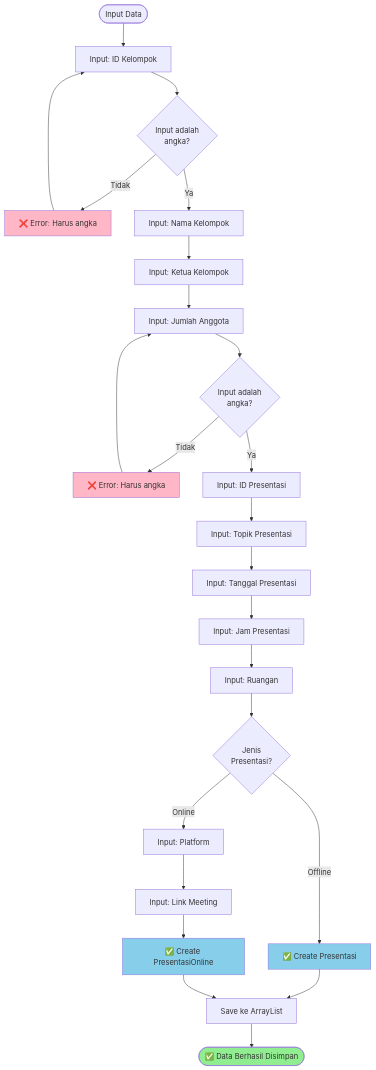
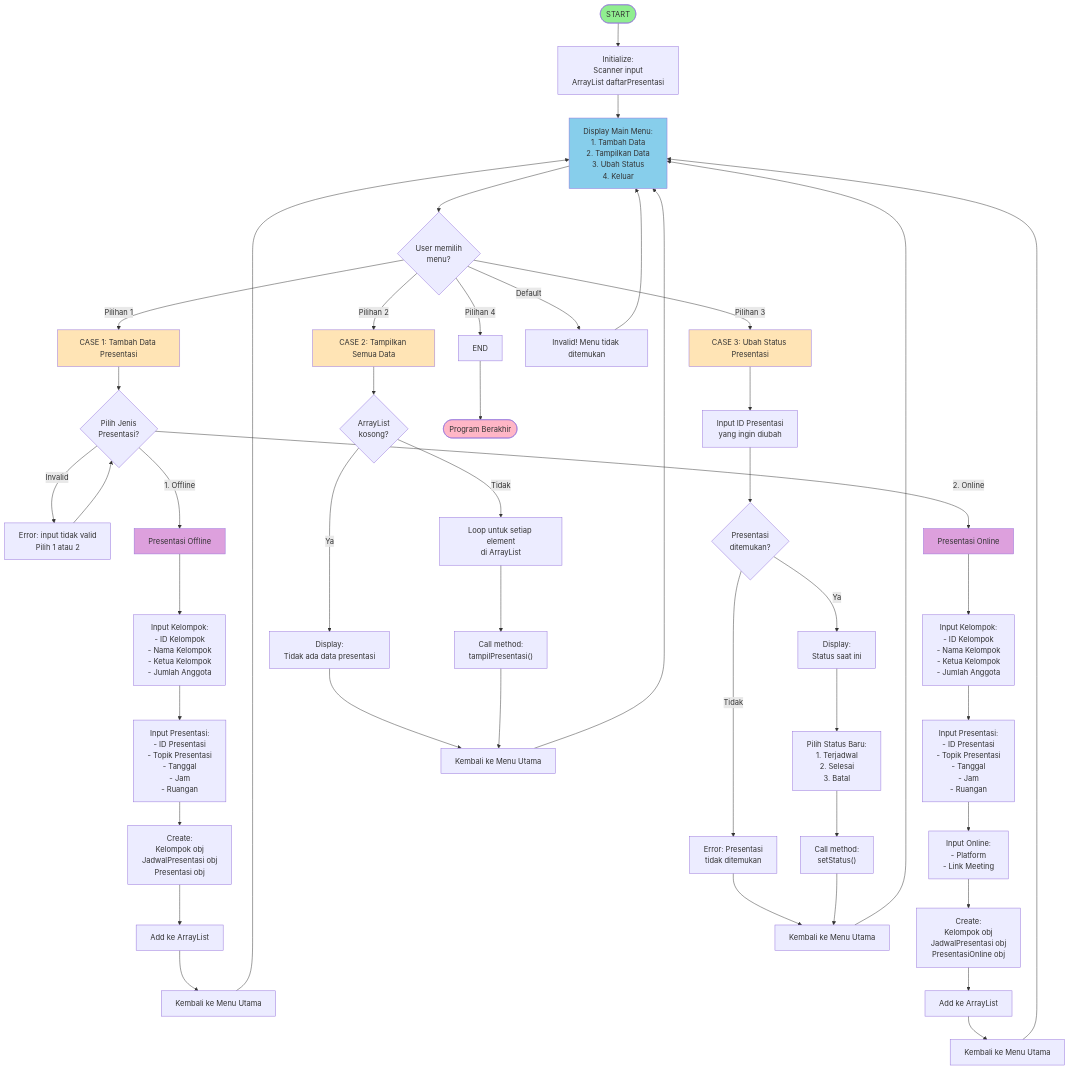
One commit to almassalsabila/Tugas1PBO_AlmasSalsabilaFidiarti changed the diagram in README.md. Above: the diagram before and after it, drawn with Mermaid.

````diff
--- a/README.md
+++ b/README.md
@@ -52,37 +52,68 @@
 ```mermaid
 flowchart TD
-    Start([Input Data]) --> Input1["Input: ID Kelompok"]
-    Input1 --> Valid1{Input adalah<br/>angka?}
-    Valid1 -->|Tidak| Error1["❌ Error: Harus angka"]
-    Error1 --> Input1
-    Valid1 -->|Ya| Input2["Input: Nama Kelompok"]
+    Start([START]) --> Init["Initialize:<br/>Scanner input<br/>ArrayList daftarPresentasi"]
+    Init --> Display1["Display Main Menu:<br/>1. Tambah Data<br/>2. Tampilkan Data<br/>3. Ubah Status<br/>4. Keluar"]
+    Display1 --> Input{User memilih<br/>menu?}
     
-    Input2 --> Input3["Input: Ketua Kelompok"]
-    Input3 --> Input4["Input: Jumlah Anggota"]
-    Input4 --> Valid2{Input adalah<br/>angka?}
-    Valid2 -->|Tidak| Error2["❌ Error: Harus angka"]
-    Error2 --> Input4
-    Valid2 -->|Ya| Input5["Input: ID Presentasi"]
+    Input -->|Pilihan 1| Case1["CASE 1: Tambah Data Presentasi"]
+    Input -->|Pilihan 2| Case2["CASE 2: Tampilkan Semua Data"]
+    Input -->|Pilihan 3| Case3["CASE 3: Ubah Status Presentasi"]
+    Input -->|Pilihan 4| Exit1[END]
+    Input -->|Default| Invalid1["Invalid! Menu tidak ditemukan"]
+    Invalid1 --> Display1
     
-    Input5 --> Input6["Input: Topik Presentasi"]
-    Input6 --> Input7["Input: Tanggal Presentasi"]
-    Input7 --> Input8["Input: Jam Presentasi"]
-    Input8 --> Input9["Input: Ruangan"]
+    %% CASE 1: Tambah Data
+    Case1 --> Select{"Pilih Jenis<br/>Presentasi?"}
+    Select -->|Invalid| ErrType["Error: input tidak valid<br/>Pilih 1 atau 2"]
+    ErrType --> Select
+    Select -->|1. Offline| Offline["Presentasi Offline"]
+    Select -->|2. Online| Online["Presentasi Online"]
     
-    Input9 --> JenisCheck{Jenis<br/>Presentasi?}
-    JenisCheck -->|Offline| CreateOffline["✅ Create Presentasi"]
-    JenisCheck -->|Online| InputPlatform["Input: Platform"]
+    %% Offline Path
+    Offline --> InputKel1["Input Kelompok:<br/>- ID Kelompok<br/>- Nama Kelompok<br/>- Ketua Kelompok<br/>- Jumlah Anggota"]
+    InputKel1 --> InputPres1["Input Presentasi:<br/>- ID Presentasi<br/>- Topik Presentasi<br/>- Tanggal<br/>- Jam<br/>- Ruangan"]
+    InputPres1 --> CreateObj1["Create:<br/>Kelompok obj<br/>JadwalPresentasi obj<br/>Presentasi obj"]
+    CreateObj1 --> Add1["Add ke ArrayList"]
+    Add1 --> Back1["Kembali ke Menu Utama"]
+    Back1 --> Display1
     
-    InputPlatform --> InputLink["Input: Link Meeting"]
-    InputLink --> CreateOnline["✅ Create PresentasiOnline"]
+    %% Online Path
+    Online --> InputKel2["Input Kelompok:<br/>- ID Kelompok<br/>- Nama Kelompok<br/>- Ketua Kelompok<br/>- Jumlah Anggota"]
+    InputKel2 --> InputPres2["Input Presentasi:<br/>- ID Presentasi<br/>- Topik Presentasi<br/>- Tanggal<br/>- Jam<br/>- Ruangan"]
+    InputPres2 --> InputOnline["Input Online:<br/>- Platform<br/>- Link Meeting"]
+    InputOnline --> CreateObj2["Create:<br/>Kelompok obj<br/>JadwalPresentasi obj<br/>PresentasiOnline obj"]
+    CreateObj2 --> Add2["Add ke ArrayList"]
+    Add2 --> Back2["Kembali ke Menu Utama"]
+    Back2 --> Display1
     
-    CreateOffline --> Save["Save ke ArrayList"]
-    CreateOnline --> Save
-    Save --> Complete([✅ Data Berhasil Disimpan])
+    %% CASE 2: Tampilkan Data
+    Case2 --> Check{ArrayList<br/>kosong?}
+    Check -->|Ya| Empty["Display:<br/>Tidak ada data presentasi"]
+    Check -->|Tidak| Loop["Loop untuk setiap element<br/>di ArrayList"]
+    Empty --> Back3["Kembali ke Menu Utama"]
+    Loop --> Display2["Call method:<br/>tampilPresentasi()"]
+    Display2 --> Back3
+    Back3 --> Display1
     
-    style Error1 fill:#FFB6C6
-    style Error2 fill:#FFB6C6
-    style Complete fill:#90EE90
-    style CreateOffline fill:#87CEEB
-    style CreateOnline fill:#87CEEB
+    %% CASE 3: Ubah Status
+    Case3 --> InputID["Input ID Presentasi<br/>yang ingin diubah"]
+    InputID --> Find{Presentasi<br/>ditemukan?}
+    Find -->|Tidak| NotFound["Error: Presentasi<br/>tidak ditemukan"]
+    Find -->|Ya| ShowStatus["Display:<br/>Status saat ini"]
+    NotFound --> Back4["Kembali ke Menu Utama"]
+    ShowStatus --> StatusOpt["Pilih Status Baru:<br/>1. Terjadwal<br/>2. Selesai<br/>3. Batal"]
+    StatusOpt --> SetStatus["Call method:<br/>setStatus()"]
+    SetStatus --> Back4
+    Back4 --> Display1
+    
+    Exit1 --> EndProgram([Program Berakhir])
+    
+    style Start fill:#90EE90
+    style EndProgram fill:#FFB6C6
+    style Display1 fill:#87CEEB
+    style Case1 fill:#FFE4B5
+    style Case2 fill:#FFE4B5
+    style Case3 fill:#FFE4B5
+    style Offline fill:#DDA0DD
+    style Online fill:#DDA0DD
 ```
````
